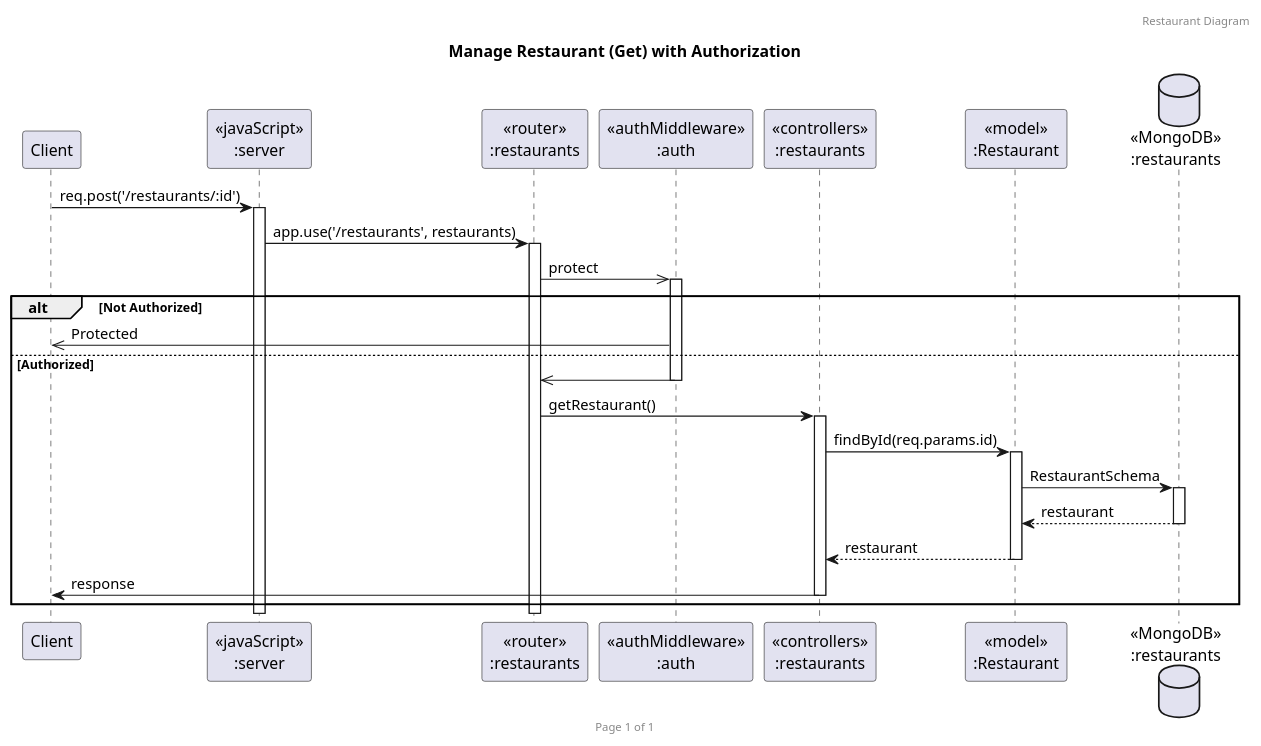
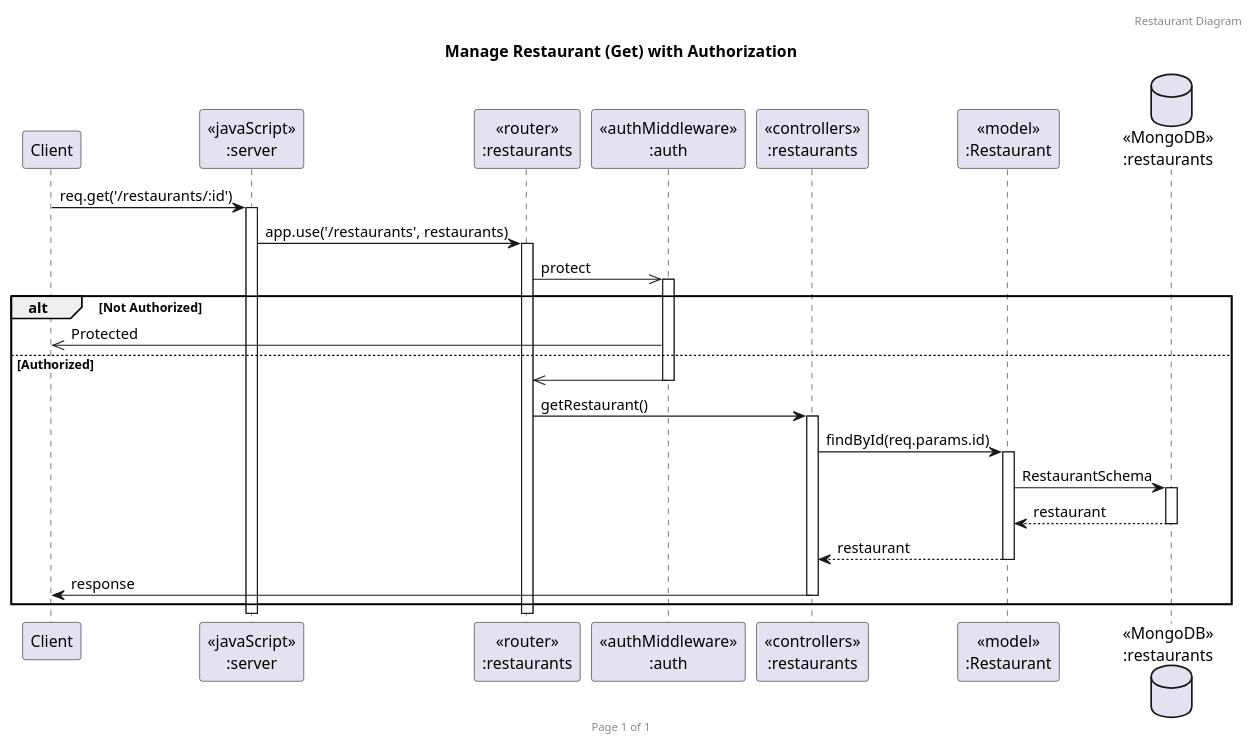
Before and after one commit to punchanabu/redrice-backend-express: the diagram in uml/restaurant(getone).puml, drawn with PlantUML. The commit also changed 4 other files, not shown here.

```diff
--- a/uml/restaurant(getone).puml
+++ b/uml/restaurant(getone).puml
@@ -1,32 +1,32 @@
 @startuml
 header Restaurant Diagram
 footer Page %page% of %lastpage%
 title "Manage Restaurant (Get) with Authorization"
 
 participant "Client" as client
 participant "<<javaScript>>\n:server" as server
 participant "<<router>>\n:restaurants" as routerRestaurants
 participant "<<authMiddleware>>\n:auth" as authMiddleware
 participant "<<controllers>>\n:restaurants" as controllersRestaurants
 participant "<<model>>\n:Restaurant" as modelRestaurant
 database "<<MongoDB>>\n:restaurants" as RestaurantsDatabase
 
-client->server ++:req.post('/restaurants/:id')
+client->server ++:req.get('/restaurants/:id')
 server->routerRestaurants ++:app.use('/restaurants', restaurants)
 routerRestaurants->>authMiddleware ++:protect
 
 alt Not Authorized
     authMiddleware->>client :Protected
 else Authorized
     authMiddleware->>routerRestaurants -- :
     routerRestaurants->controllersRestaurants ++:getRestaurant()
     controllersRestaurants->modelRestaurant ++:findById(req.params.id)
     modelRestaurant ->RestaurantsDatabase ++: RestaurantSchema
     RestaurantsDatabase --> modelRestaurant --: restaurant
     controllersRestaurants <-- modelRestaurant --: restaurant
     controllersRestaurants->client --:response
 end
 
 
 
 @enduml
```
